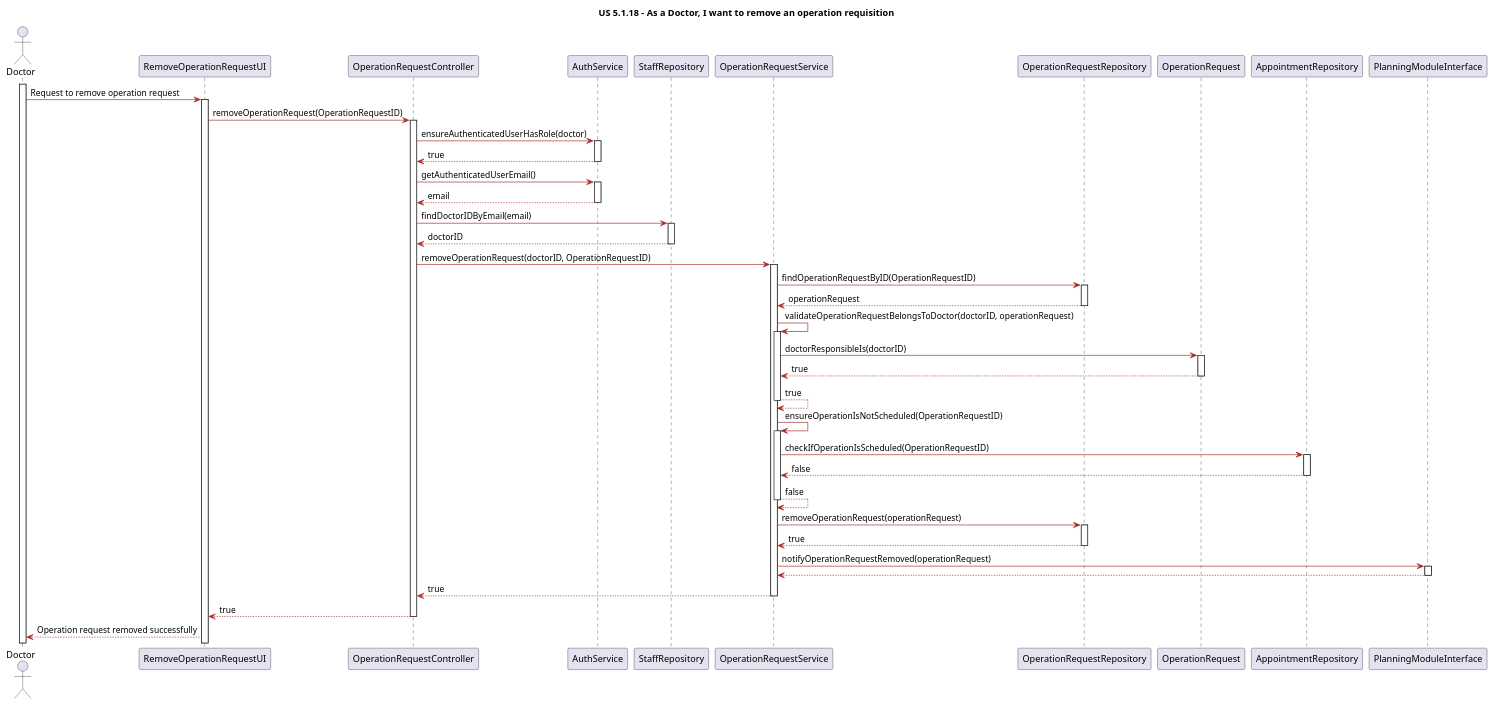
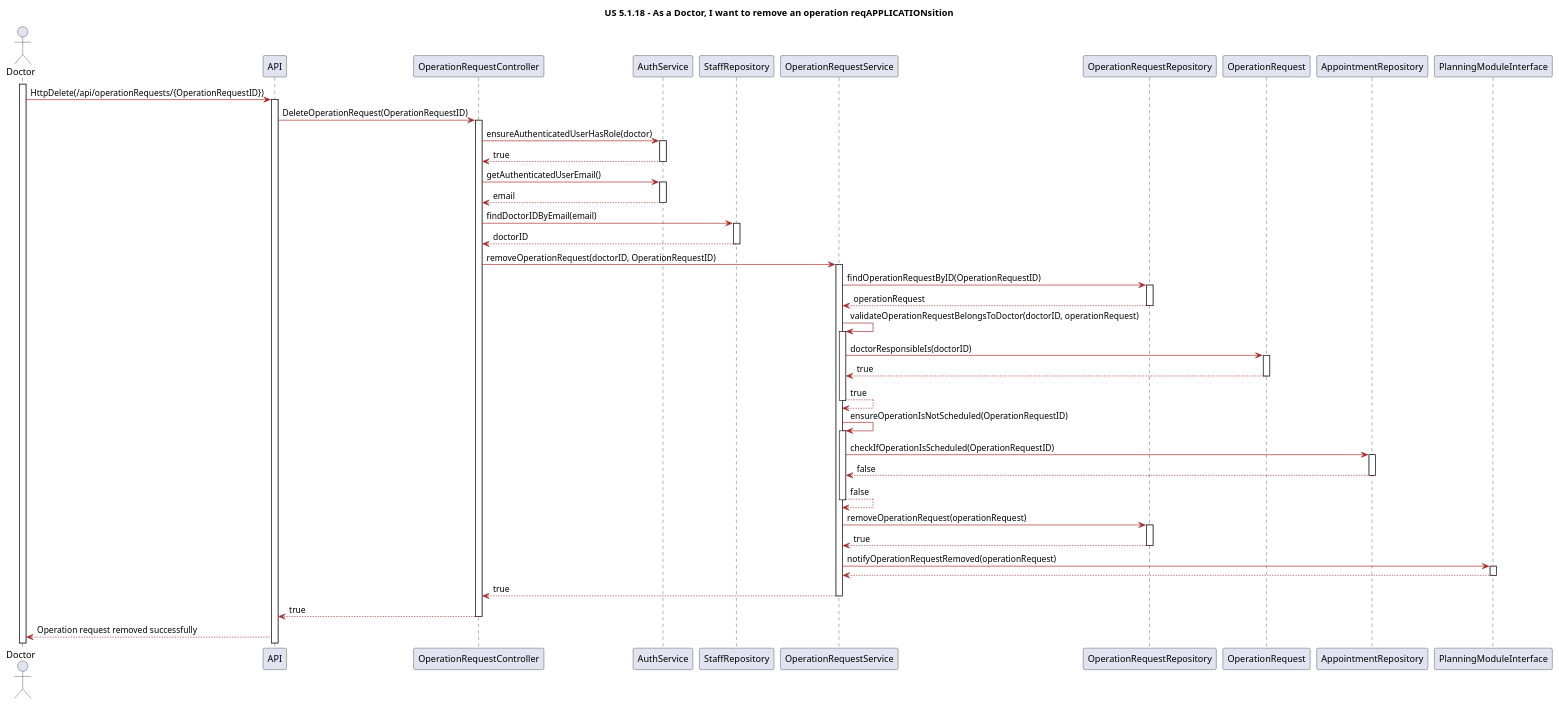
Before and after one commit to LAPR5-043/sem_5_24_25_043: the diagram in Docs/Sprint1/UserStories/LAPR5/us5118/design/puml/sequence-diagram.puml, drawn with PlantUML. The commit also changed 29 other files, not shown here.

```diff
--- a/Docs/Sprint1/UserStories/LAPR5/us5118/design/puml/sequence-diagram.puml
+++ b/Docs/Sprint1/UserStories/LAPR5/us5118/design/puml/sequence-diagram.puml
@@ -1,165 +1,165 @@
 @startuml
 
 
-title US 5.1.18 - As a Doctor, I want to remove an operation requisition
+title US 5.1.18 - As a Doctor, I want to remove an operation reqAPPLICATIONsition
 
 skinparam classAttributeIconSize 0
 
 skinparam class {
     LifeLineBorderColor DodgerBlue
     LifeLineBackgroundColor APPLICATION
     BackgroundColor LemonChiffon
     ArrowColor Brown
     BorderColor SaddleBrown
 }
 
 skinparam packageStyle rectangle
 
 skinparam card {
     LifeLineBorderColor DodgerBlue
     LifeLineBackgroundColor APPLICATION
     BackgroundColor LemonChiffon
     ArrowColor Brown
     BorderColor SaddleBrown
 }
 
 actor "Doctor" as Doctor
 
-participant "RemoveOperationRequestUI" as UI
+participant "API" as APPLICATION
 participant "OperationRequestController" as ORC
 participant "AuthService" as AS
 participant "StaffRepository" as SR
 participant "OperationRequestService" as ORS
 participant "OperationRequestRepository" as ORR
 participant "OperationRequest" as OR
 participant "AppointmentRepository" as AR
 participant "PlanningModuleInterface" as PMI
 
 
 activate Doctor
 
-Doctor -> UI: Request to remove operation request
+Doctor -> APPLICATION: HttpDelete(/api/operationRequests/{OperationRequestID})
 
-activate UI
+activate APPLICATION
 
-UI -> ORC: removeOperationRequest(OperationRequestID)
+APPLICATION -> ORC: DeleteOperationRequest(OperationRequestID)
 
 activate ORC
 
 ORC -> AS: ensureAuthenticatedUserHasRole(doctor)
 
 activate AS
 
 AS --> ORC: true
 
 deactivate AS
 
 ORC -> AS: getAuthenticatedUserEmail()
 
 activate AS
 
 AS --> ORC: email
 
 deactivate AS
 
 ORC -> SR: findDoctorIDByEmail(email)
 
 activate SR
 
 SR --> ORC: doctorID
 
 deactivate SR
 
 ORC -> ORS: removeOperationRequest(doctorID, OperationRequestID)
 
 activate ORS
 
 ORS -> ORR: findOperationRequestByID(OperationRequestID)
 
 activate ORR
 
 ORR --> ORS: operationRequest
 
 deactivate ORR
 
 ORS -> ORS: validateOperationRequestBelongsToDoctor(doctorID, operationRequest)
 
 activate ORS
 
 ORS -> OR: doctorResponsibleIs(doctorID)
 
 activate OR
 
 OR --> ORS: true
 
 deactivate OR
 
 ORS --> ORS: true
 
 deactivate ORS
 
 ORS -> ORS: ensureOperationIsNotScheduled(OperationRequestID)
 
 activate ORS
 
 ORS -> AR: checkIfOperationIsScheduled(OperationRequestID)
 
 activate AR
 
 AR --> ORS: false
 
 deactivate AR
 
 ORS --> ORS: false
 
 deactivate ORS
 
 ORS -> ORR: removeOperationRequest(operationRequest)
 
 activate ORR
 
 ORR --> ORS: true
 
 deactivate ORR
 
 ORS -> PMI: notifyOperationRequestRemoved(operationRequest)
 
 activate PMI
 
 PMI --> ORS:
 
 deactivate PMI
 
 ORS --> ORC: true
 
 deactivate ORS
 
-ORC --> UI: true
+ORC --> APPLICATION: true
 
 deactivate ORC
 
-UI --> Doctor: Operation request removed successfully
+APPLICATION --> Doctor: Operation request removed successfully
 
 
 
 
 
 
 
 
 
 
 
 
 
 
 
 
 
 
 
 
 
 
 
 @enduml
```
